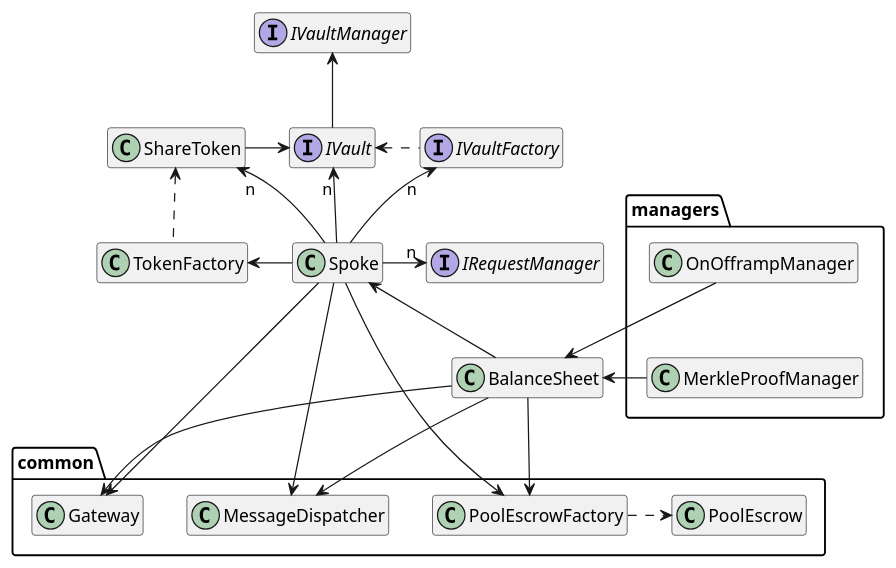
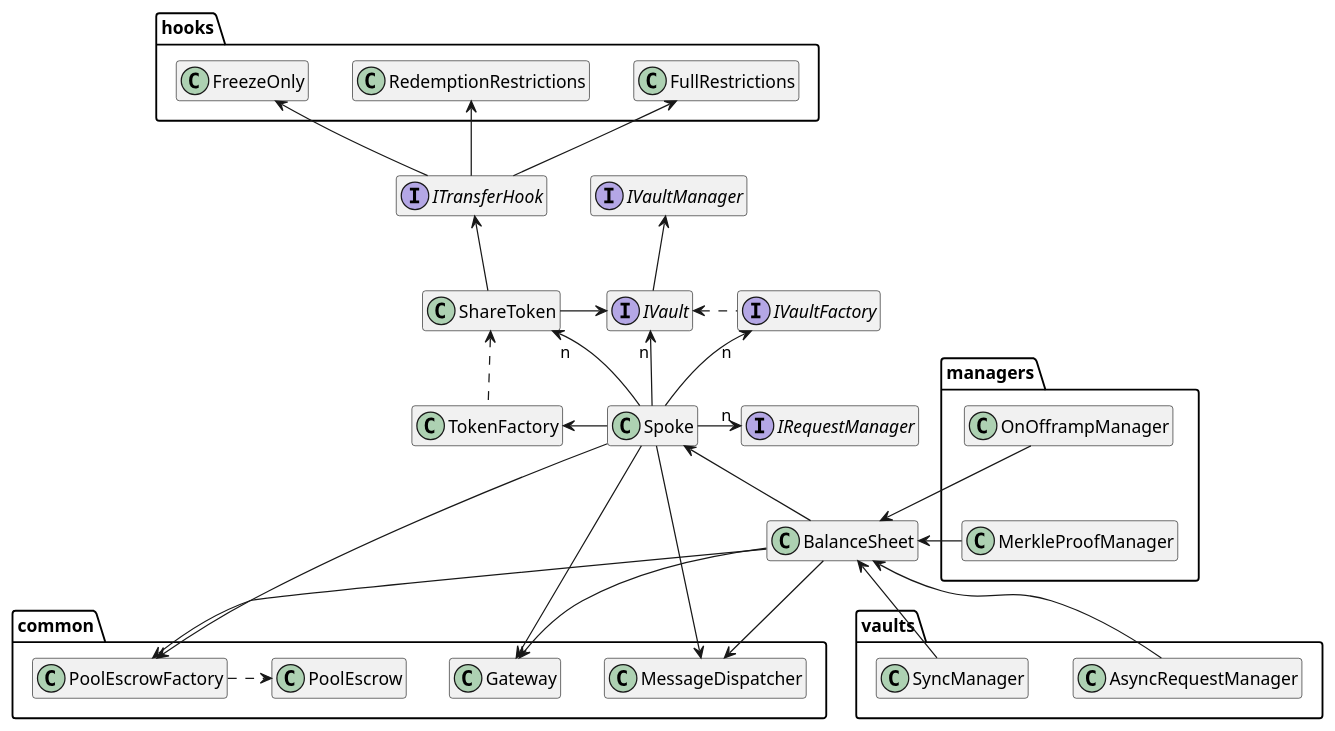
One commit to centrifuge/protocol changed the diagram in docs/architecture/spoke.puml. Above: the diagram before and after it, drawn with PlantUML. The commit also changed 7 other files, not shown here.

First line of the commit message:
Update diagrams, remove unused dependency (#456)

```diff
--- a/docs/architecture/spoke.puml
+++ b/docs/architecture/spoke.puml
@@ -1,61 +1,80 @@
 @startuml
 hide empty members
 
 package common {
     class Gateway
     class MessageDispatcher
     class PoolEscrow
     class PoolEscrowFactory
 }
 
 package managers {
     class OnOfframpManager
     class MerkleProofManager
 }
 
+package vaults {
+    class AsyncRequestManager
+    class SyncManager
+}
+
+package hooks {
+    class FreezeOnly
+    class RedemptionRestrictions
+    class FullRestrictions
+}
+
 class Hidden
 
 class Spoke
 class ShareToken
 class BalanceSheet
 class TokenFactory
 
 interface IVaultFactory
 interface IVault
 interface IVaultManager
 interface IRequestManager
+interface ITransferHook
+
+ITransferHook -up-> FreezeOnly
+ITransferHook -up-> RedemptionRestrictions
+ITransferHook -up-> FullRestrictions
 
 Spoke -left-> TokenFactory
 Spoke -down--> PoolEscrowFactory
 Spoke -up->"n" IVaultFactory
 Spoke -up->"n" ShareToken
 Spoke -up->"n" IVault
 Spoke ---> Gateway
 Spoke ---> MessageDispatcher
 Spoke -right->"n" IRequestManager
 
 BalanceSheet -right-> PoolEscrowFactory
 BalanceSheet -left--> Spoke
 BalanceSheet --> MessageDispatcher
 BalanceSheet --> Gateway
 
 PoolEscrowFactory .right.> PoolEscrow
 
+ShareToken -up-> ITransferHook
 ShareToken -right-> IVault
 IVault -up-> IVaultManager
 
 OnOfframpManager -down-> BalanceSheet
 MerkleProofManager -up-> BalanceSheet
+AsyncRequestManager -up-> BalanceSheet
+SyncManager -up-> BalanceSheet
 
 TokenFactory .up.> ShareToken
 IVaultFactory .left.> IVault
 
 ' Hidden stuff to make things more visual
 
 hide Hidden
 
 OnOfframpManager -down[hidden]-> MerkleProofManager
 MerkleProofManager -down-> Hidden
 Hidden -up-> BalanceSheet
 
 @enduml
```
